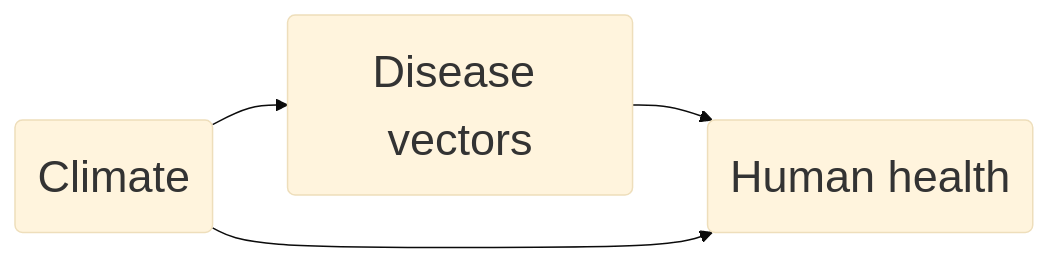
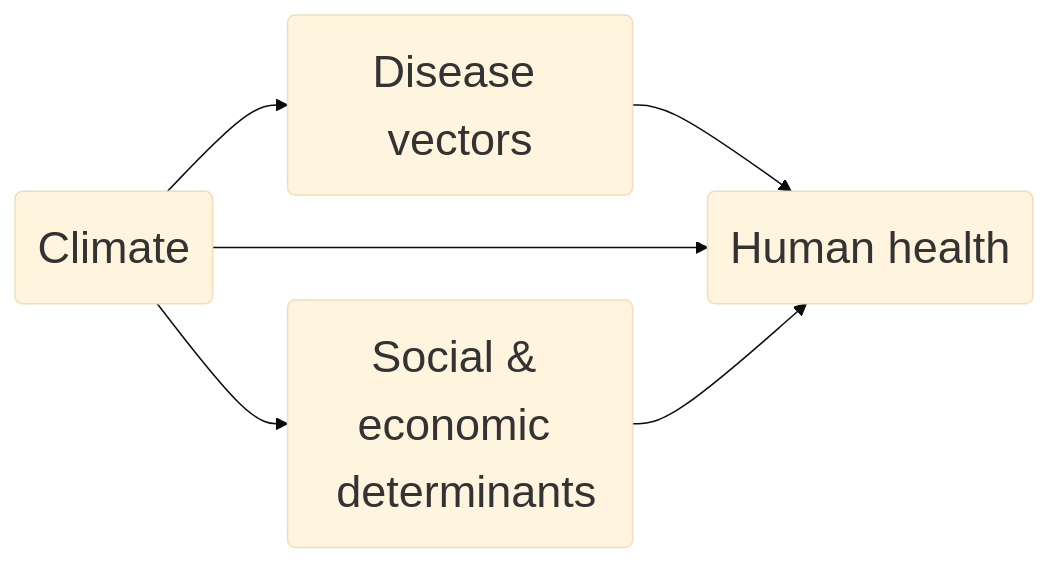
Before and after one commit to rfsaldanha/rfsaldanha.github.io: the first of 2 diagrams in talks/climate_data.qmd, drawn with Mermaid. The commit also changed other lines of this file and 6 other files, not shown here.

````diff
--- a/talks/climate_data.qmd
+++ b/talks/climate_data.qmd
@@ -25,14 +31,15 @@
 ```{mermaid}
 %%{
   init: {
     'theme': 'base',
     'themeVariables': {
       'fontSize': '30px'
     }
   }
 }%%
 flowchart LR
 
 climate(Climate) --> vector(Disease vectors) --> health(Human health)
 climate --> health
+climate --> social(Social & economic \n determinants) --> health
 ```
````
